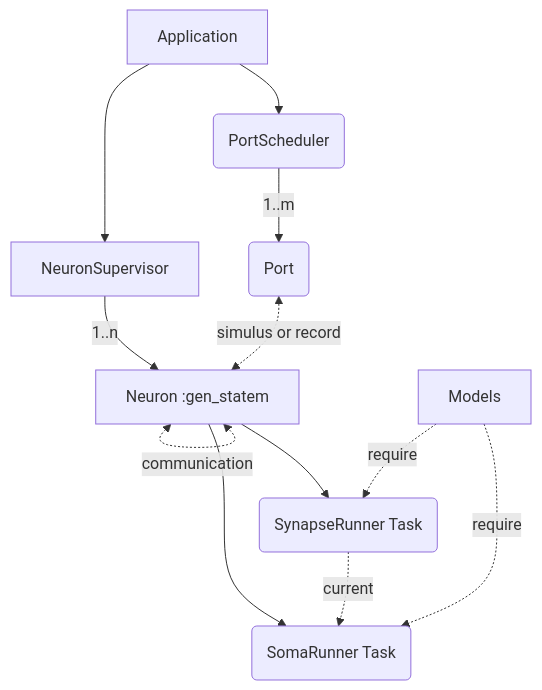
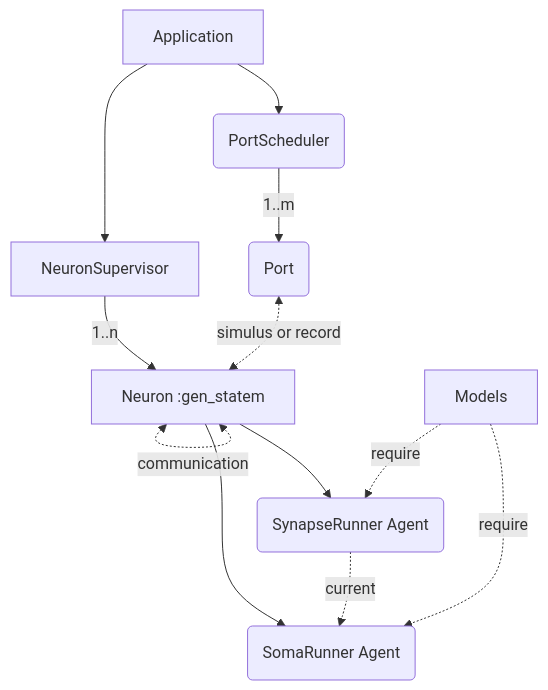
Before and after one commit to GES233/Glowworm: the diagram in README.md, drawn with Mermaid. The commit also changed 1 other file, not shown here.

Commit message:
更新了文档（Task的异步特性导致无法控制其实时运行）

````diff
--- a/README.md
+++ b/README.md
@@ -19,14 +19,14 @@
 ```mermaid
 graph TD
   Application --> NeuronSupervisor
   NeuronSupervisor --1..n--> Neuron["Neuron :gen_statem"]
   Application --> PortScheduler("PortScheduler")
   PortScheduler --1..m--> Port("Port")
   Port <-.simulus or record.-> Neuron
   Neuron <-.communication.-> Neuron
-  Neuron --> SomaRunner("SomaRunner Task")
-  Neuron --> SynapseRunner("SynapseRunner Task")
+  Neuron --> SomaRunner("SomaRunner Agent")
+  Neuron --> SynapseRunner("SynapseRunner Agent")
   SynapseRunner -.current.-> SomaRunner
   Models -.require.-> SomaRunner
   Models -.require.-> SynapseRunner
 ```
````
